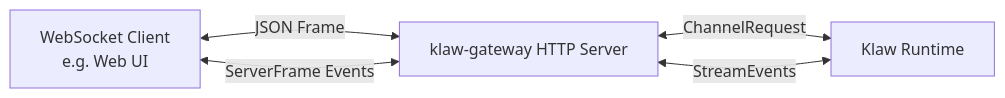
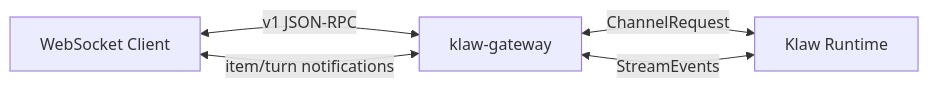
One commit to zhubby/klaw changed the diagram in docs/src/ui/websocket-channel.md. Above: the diagram before and after it, drawn with Mermaid. The commit also changed other lines of this file and 14 other files, not shown here.

First line of the commit message:
refactor(gateway,runtime,docs): streamline WebSocket protocol and update docs

````diff
--- a/docs/src/ui/websocket-channel.md
+++ b/docs/src/ui/websocket-channel.md
@@ -20,7 +22,7 @@
 ```mermaid
 flowchart LR
-    Client[WebSocket Client<br/>e.g. Web UI] <-->|JSON Frame| Gateway[klaw-gateway HTTP Server]
+    Client[WebSocket Client] <-->|v1 JSON-RPC| Gateway[klaw-gateway]
     Gateway <-->|ChannelRequest| Runtime[Klaw Runtime]
     Runtime <-->|StreamEvents| Gateway
-    Gateway <-->|ServerFrame Events| Client
+    Gateway <-->|item/turn notifications| Client
 ```
````
